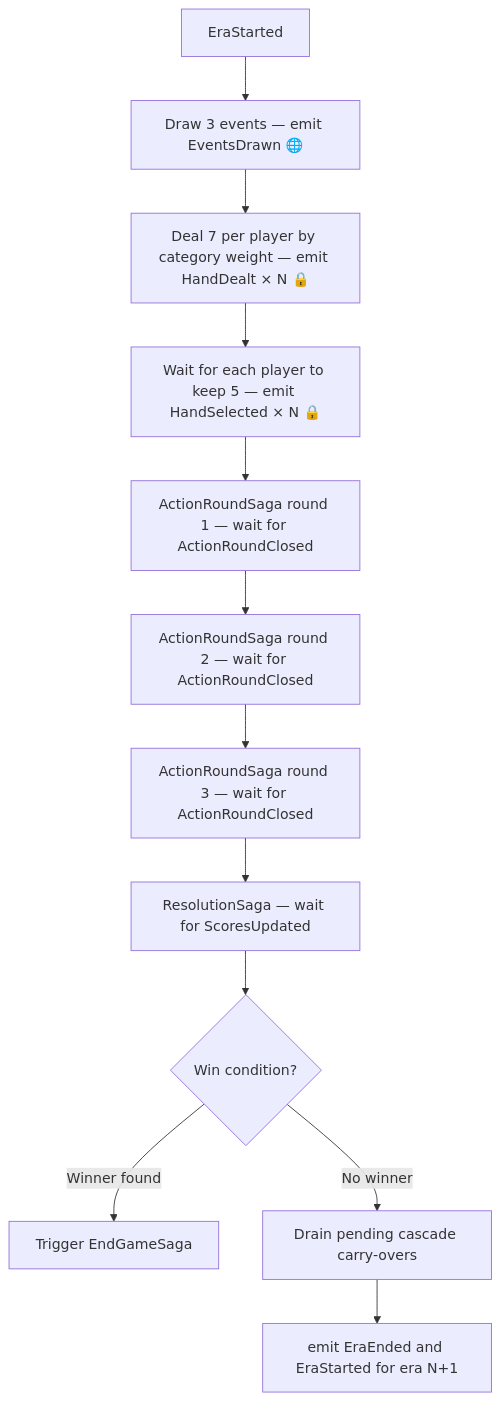
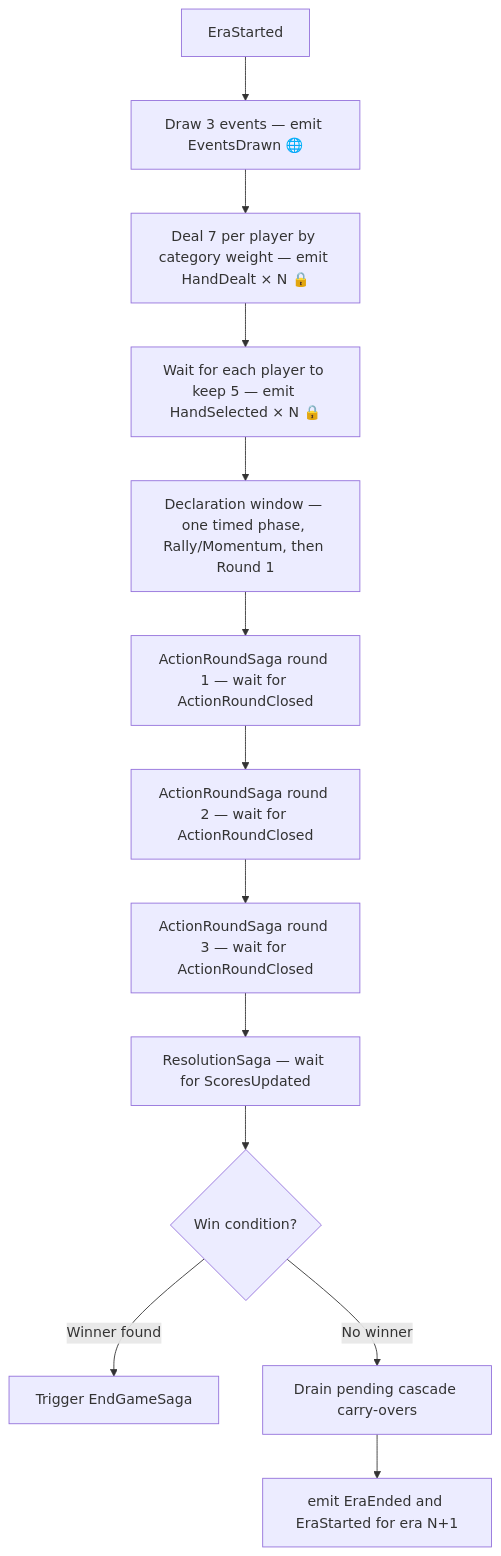
One commit to temporal-rift/docs changed the diagram in sagas/era.mdx. Above: the diagram before and after it, drawn with Mermaid. The commit also changed other lines of this file and 10 other files, not shown here.

````diff
--- a/sagas/era.mdx
+++ b/sagas/era.mdx
@@ -12,14 +12,15 @@
 ```mermaid
 flowchart TD
   A[EraStarted] --> B[Draw 3 events — emit EventsDrawn 🌐]
   B --> C[Deal 7 per player by category weight — emit HandDealt × N 🔒]
   C --> D[Wait for each player to keep 5 — emit HandSelected × N 🔒]
-  D --> E[ActionRoundSaga round 1 — wait for ActionRoundClosed]
+  D --> DW[Declaration window — one timed phase, Rally/Momentum, then Round 1]
+  DW --> E[ActionRoundSaga round 1 — wait for ActionRoundClosed]
   E --> F[ActionRoundSaga round 2 — wait for ActionRoundClosed]
   F --> G[ActionRoundSaga round 3 — wait for ActionRoundClosed]
   G --> H[ResolutionSaga — wait for ScoresUpdated]
   H --> I{Win condition?}
   I -->|Winner found| J[Trigger EndGameSaga]
   I -->|No winner| K[Drain pending cascade carry-overs]
   K --> L[emit EraEnded and EraStarted for era N+1]
 ```
````
